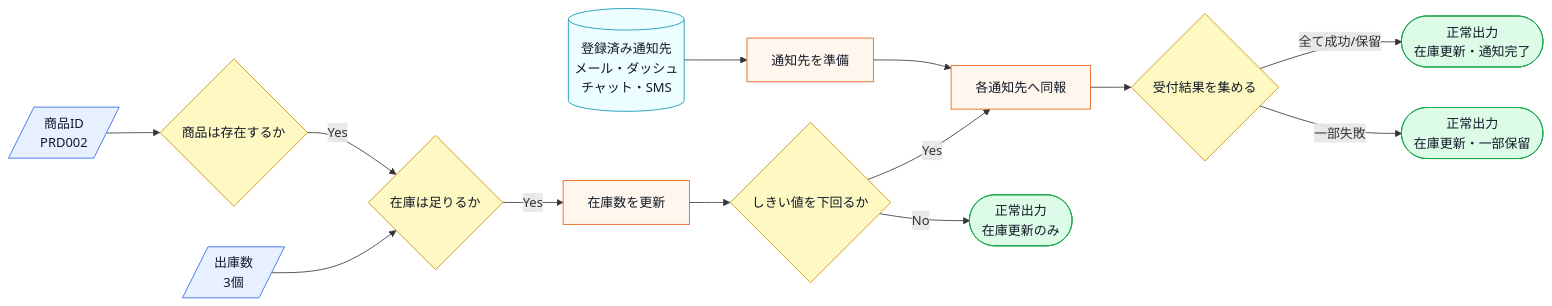
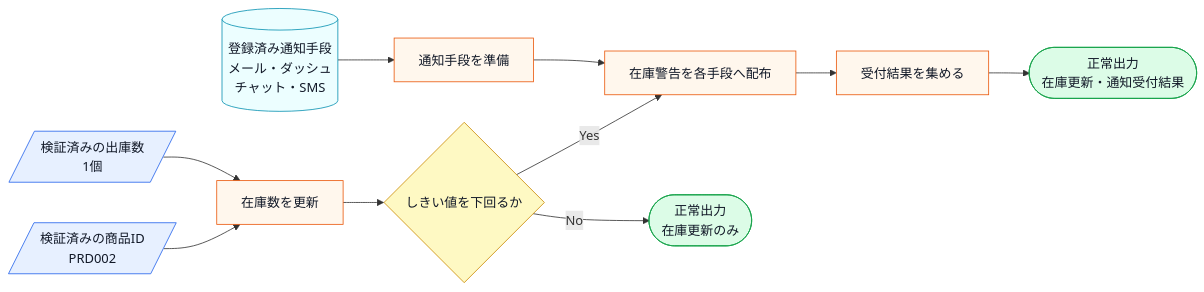
The fourth of 12 diagrams in kindle/design-patterns/output/chapter07.md (kumachan1101-pixel/DesignPattern), drawn with Mermaid before and after one commit. The commit also changed other lines of this file and 21 other files, not shown here.

````diff
--- a/kindle/design-patterns/output/chapter07.md
+++ b/kindle/design-patterns/output/chapter07.md
@@ -551,21 +535,18 @@
 ```mermaid
 flowchart LR
-    A[/商品ID<br>PRD002/]:::input --> B{商品は存在するか}:::decision
-    C[/出庫数<br>3個/]:::input --> D{在庫は足りるか}:::decision
-    E[(登録済み通知先<br>メール・ダッシュ<br>チャット・SMS)]:::data --> F[通知先を準備]:::process
-    B -->|Yes| D
-    D -->|Yes| G[在庫数を更新]:::process
+    A[/検証済みの商品ID<br>PRD002/]:::input --> G[在庫数を更新]:::process
+    C[/検証済みの出庫数<br>1個/]:::input --> G
+    E[(登録済み通知手段<br>メール・ダッシュ<br>チャット・SMS)]:::data --> F[通知手段を準備]:::process
     G --> H{しきい値を下回るか}:::decision
-    H -->|Yes| I[各通知先へ同報]:::process
+    H -->|Yes| I[在庫警告を各手段へ配布]:::process
     F --> I
-    I --> L{受付結果を集める}:::decision
-    L -->|全て成功/保留| K([正常出力<br>在庫更新・通知完了]):::normal
-    L -->|一部失敗| M([正常出力<br>在庫更新・一部保留]):::normal
+    I --> L[受付結果を集める]:::process
+    L --> K([正常出力<br>在庫更新・通知受付結果]):::normal
     H -->|No| J([正常出力<br>在庫更新のみ]):::normal
 
     classDef data fill:#ecfeff,stroke:#0891b2,color:#111827;
     classDef input fill:#e7f0ff,stroke:#2563eb,color:#111827;
     classDef process fill:#fff7ed,stroke:#ea580c,color:#111827;
     classDef decision fill:#fef9c3,stroke:#ca8a04,color:#111827;
     classDef normal fill:#dcfce7,stroke:#16a34a,color:#111827;
 ```
````
